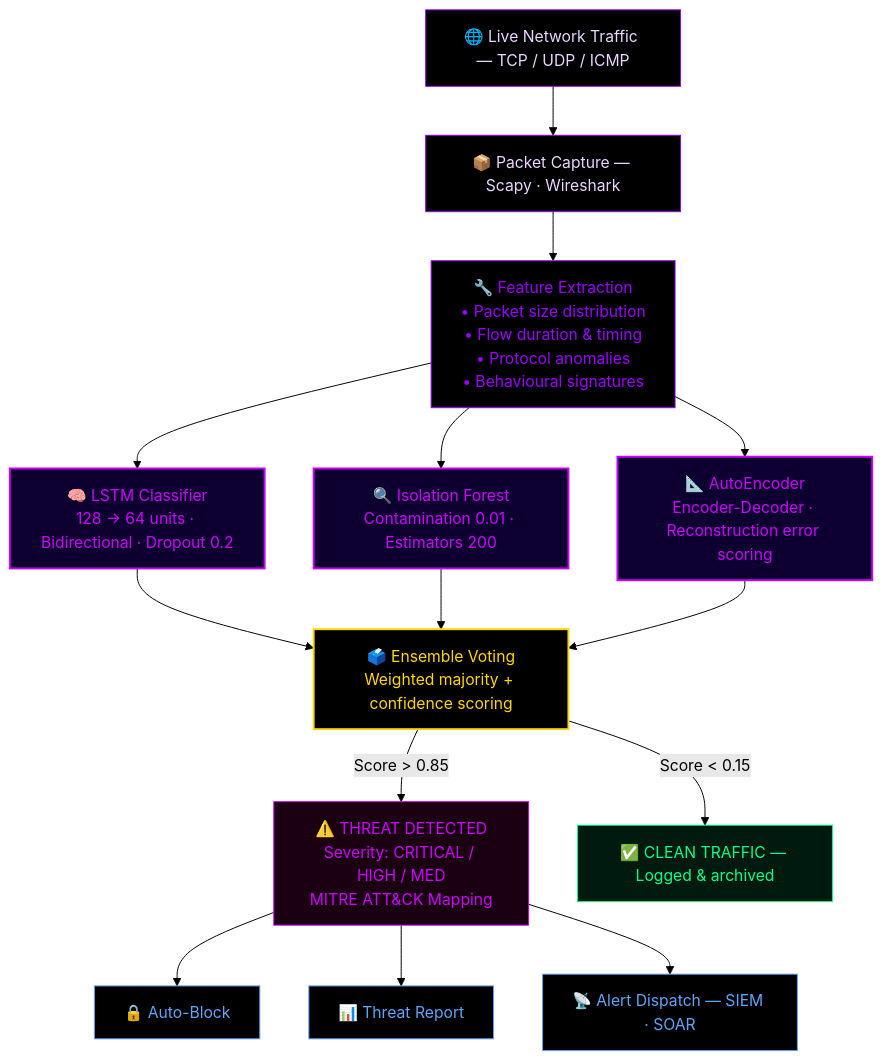
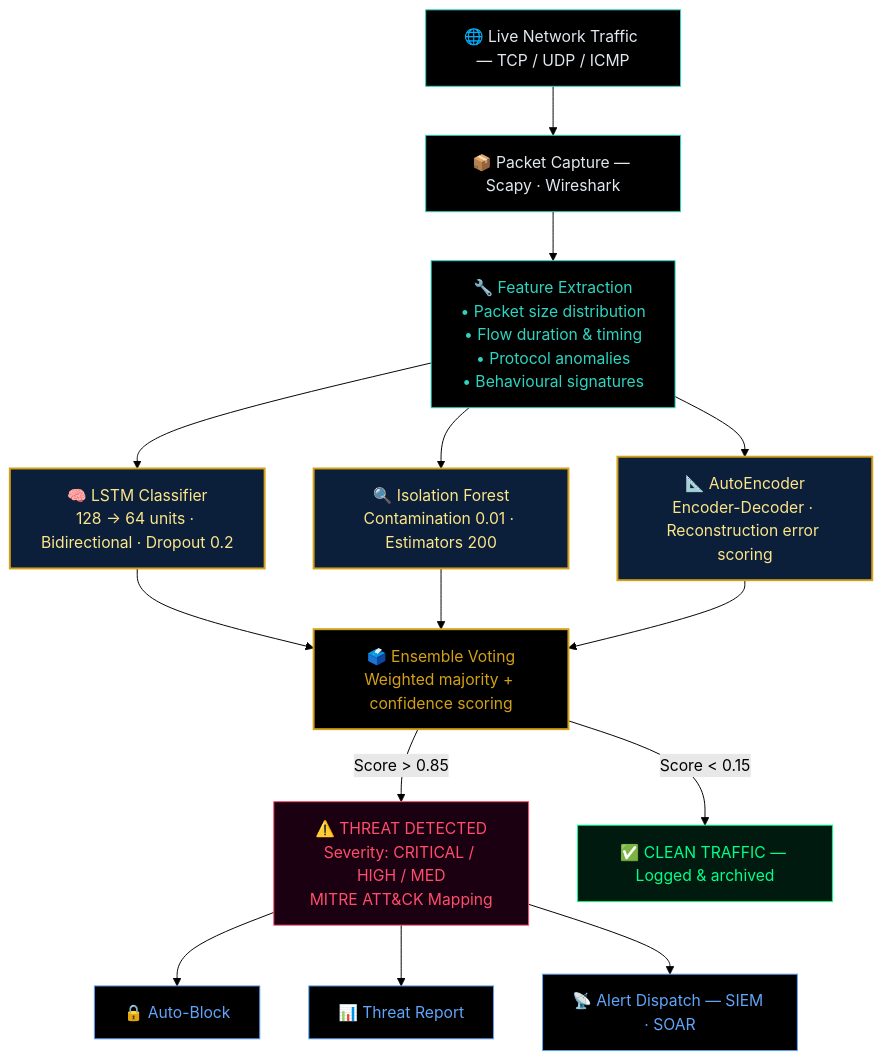
Before and after one commit to LuthandoCandlovu/LuthandoCandlovu: the fifth of 7 diagrams in README.md, drawn with Mermaid (forest theme). The commit also changed other lines of this file, not shown here.

````diff
--- a/README.md
+++ b/README.md
@@ -473,27 +699,27 @@
 ```mermaid
 flowchart TD
     TRAFFIC["🌐 Live Network Traffic — TCP / UDP / ICMP"]:::node
     TRAFFIC --> CAP["📦 Packet Capture — Scapy · Wireshark"]:::node
     CAP --> EXTRACT["🔧 Feature Extraction\n• Packet size distribution\n• Flow duration & timing\n• Protocol anomalies\n• Behavioural signatures"]:::process
 
     EXTRACT --> LSTM["🧠 LSTM Classifier\n128 → 64 units · Bidirectional · Dropout 0.2"]:::model
     EXTRACT --> ISO["🔍 Isolation Forest\nContamination 0.01 · Estimators 200"]:::model
     EXTRACT --> AUTO["📐 AutoEncoder\nEncoder-Decoder · Reconstruction error scoring"]:::model
 
     LSTM & ISO & AUTO --> ENSEMBLE["🗳️ Ensemble Voting\nWeighted majority + confidence scoring"]:::ensemble
 
     ENSEMBLE -->|"Score > 0.85"| THREAT["⚠️ THREAT DETECTED\nSeverity: CRITICAL / HIGH / MED\nMITRE ATT&CK Mapping"]:::alert
     ENSEMBLE -->|"Score < 0.15"| SAFE["✅ CLEAN TRAFFIC — Logged & archived"]:::safe
 
     THREAT --> BLOCK["🔒 Auto-Block"]:::action
     THREAT --> REPORT["📊 Threat Report"]:::action
     THREAT --> NOTIFY["📡 Alert Dispatch — SIEM · SOAR"]:::action
 
-    classDef node fill:#000000,stroke:#9900ff,color:#e9d5ff
-    classDef process fill:#000000,stroke:#9900ff,color:#9900ff
-    classDef model fill:#0d0030,stroke:#cc00ff,color:#cc00ff,stroke-width:2px
-    classDef ensemble fill:#000000,stroke:#FFD700,color:#FFD700,stroke-width:2px
-    classDef alert fill:#1a0010,stroke:#cc00ff,color:#cc00ff
+    classDef node fill:#000000,stroke:#2dd4bf,color:#e2e8f0
+    classDef process fill:#000000,stroke:#2dd4bf,color:#2dd4bf
+    classDef model fill:#0b1f3a,stroke:#d4a017,color:#fde68a,stroke-width:2px
+    classDef ensemble fill:#000000,stroke:#d4a017,color:#d4a017,stroke-width:2px
+    classDef alert fill:#1a0010,stroke:#ff4d6d,color:#ff4d6d
     classDef safe fill:#001a10,stroke:#00ff88,color:#00ff88
     classDef action fill:#000000,stroke:#60A5FA,color:#60A5FA
 ```
````
